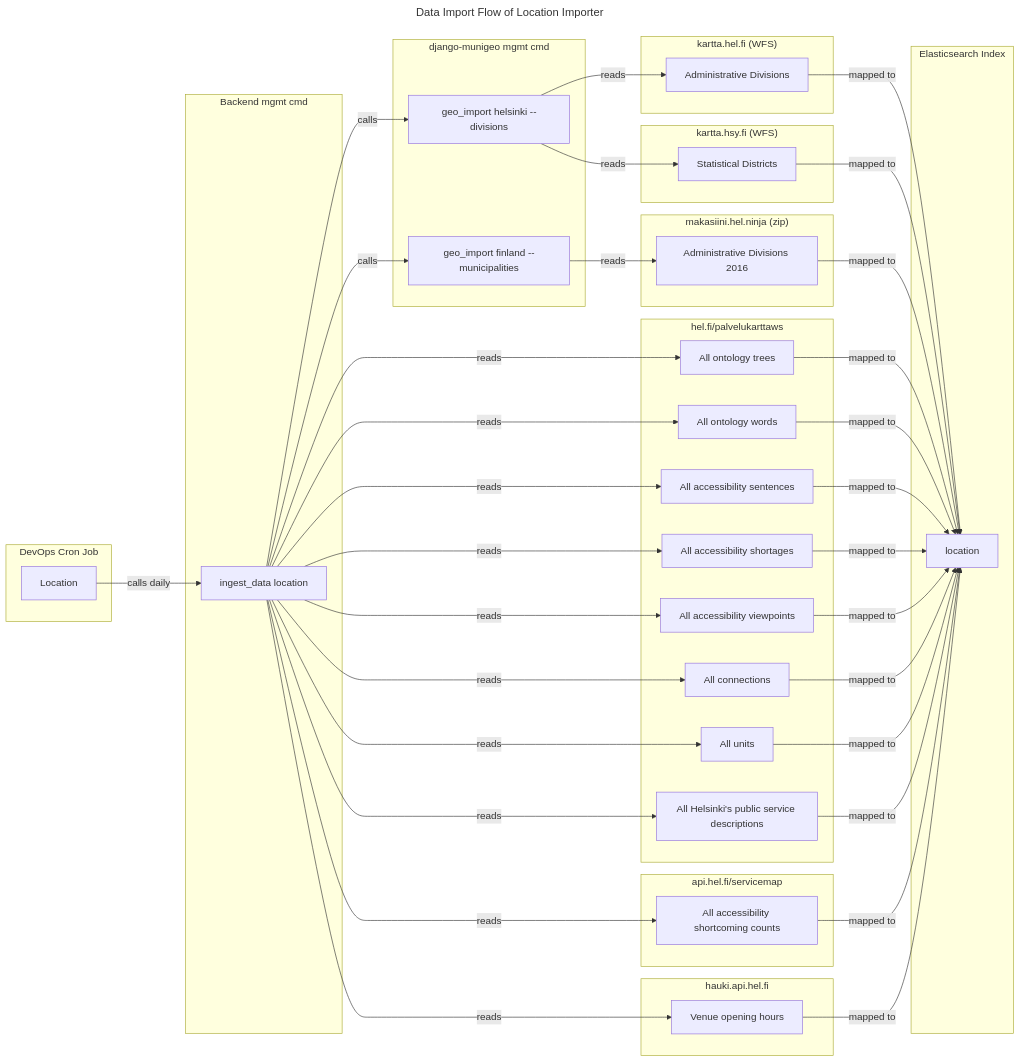
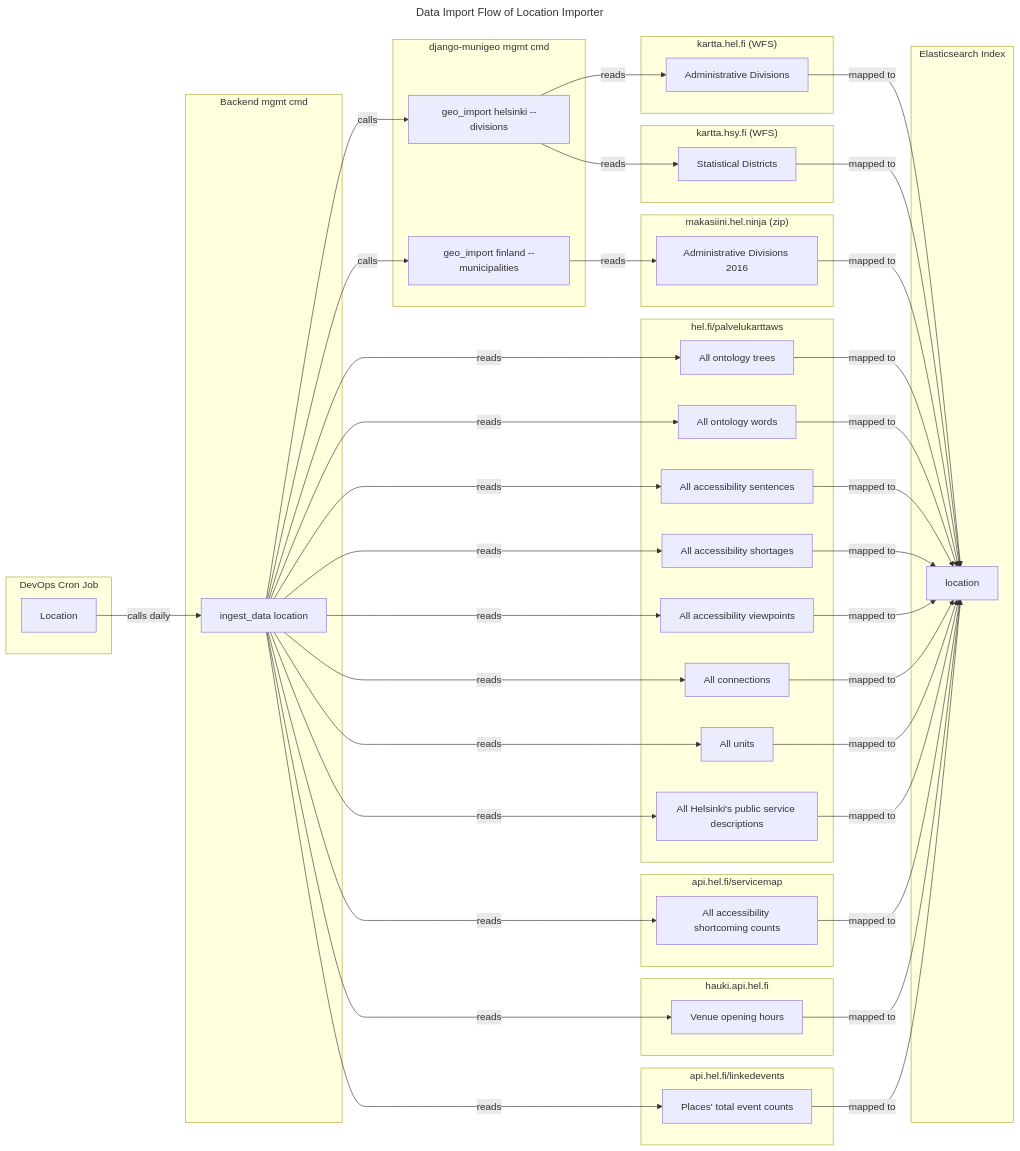
The second of 4 diagrams in sources/ingest/README.md (City-of-Helsinki/unified-search), drawn with Mermaid before and after one commit. The commit also changed other lines of this file and 3 other files, not shown here.

First line of the commit message:
docs: update documentation after adding Linked Events place endpoint use

````diff
--- a/sources/ingest/README.md
+++ b/sources/ingest/README.md
@@ -193,6 +195,9 @@
   subgraph Hauki["hauki.api.hel.fi"]
     OpeningHoursEndpoint["Venue opening hours"]
   end
+  subgraph LinkedEvents["api.hel.fi/linkedevents"]
+    PlaceEndpoint["Places' total event counts"]
+  end
   subgraph Elasticsearch["Elasticsearch Index"]
     LocationIndex["location"]
   end
@@ -219,6 +224,7 @@
   IngestDataLocation -- reads --> DescriptionEndpoint
   IngestDataLocation -- reads --> AccessibilityShortcomingCountEndpoint
   IngestDataLocation -- reads --> OpeningHoursEndpoint
+  IngestDataLocation -- reads --> PlaceEndpoint
 
   OntologyTreeEndpoint -- mapped to --> LocationIndex
   OntologyWordEndpoint -- mapped to --> LocationIndex
@@ -229,6 +235,7 @@
   UnitEndpoint -- mapped to --> LocationIndex
   DescriptionEndpoint -- mapped to --> LocationIndex
   OpeningHoursEndpoint -- mapped to --> LocationIndex
+  PlaceEndpoint -- mapped to --> LocationIndex
   AccessibilityShortcomingCountEndpoint -- mapped to --> LocationIndex
   TietoaKuntajaostaZip -- mapped to --> LocationIndex
 ```
````
